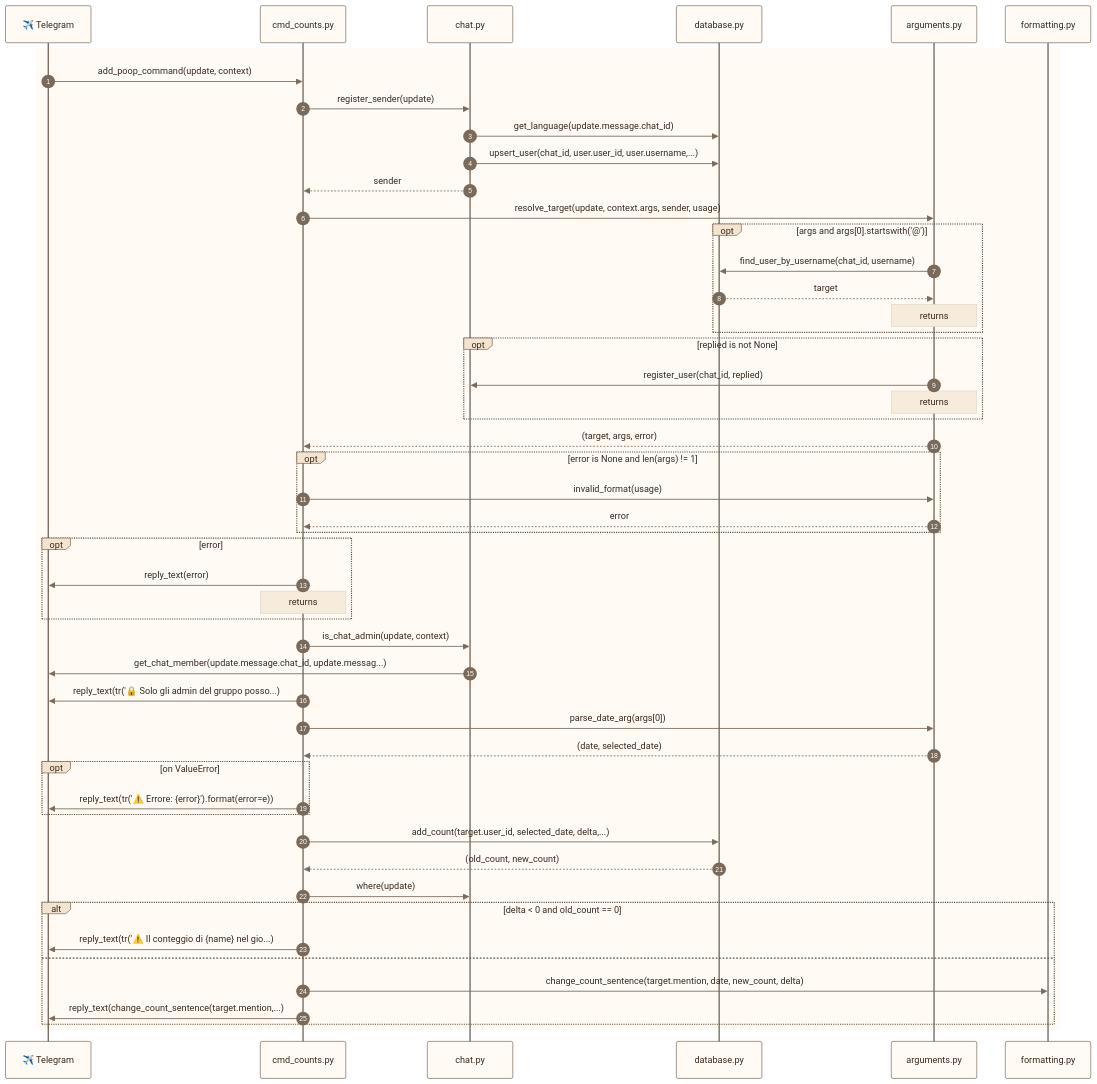
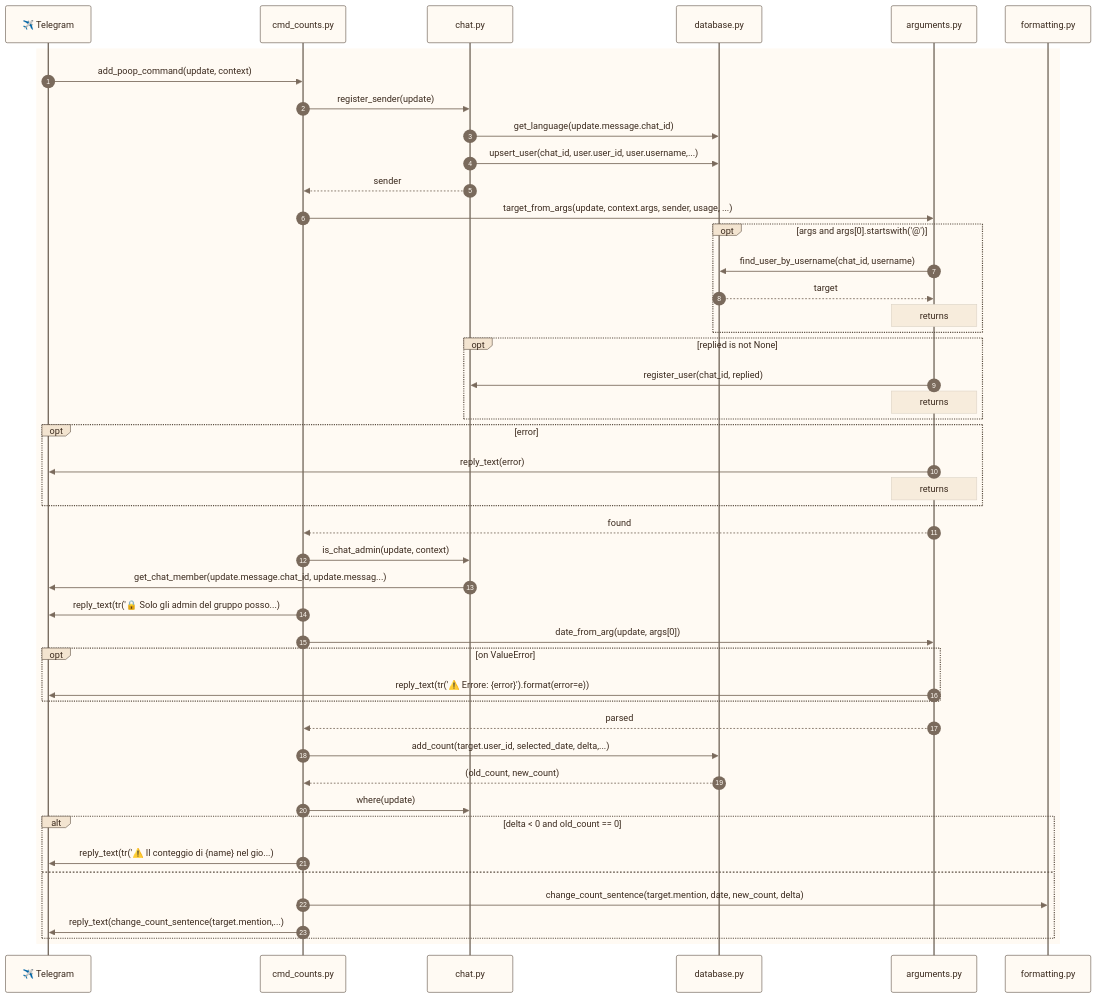
One commit to francescoperrino/Caccometro changed diagram 24 of 42 in docs/use_cases.md. Above: the diagram before and after it, drawn with Mermaid. The commit also changed other lines of this file and 9 other files, not shown here.

```diff
--- a/docs/use_cases.md
+++ b/docs/use_cases.md
@@ -2100,7 +2131,7 @@
         chat->>database: get_language(update.message.chat_id)
         chat->>database: upsert_user(chat_id, user.user_id, user.username,...)
         chat-->>cmd_counts: sender
-        cmd_counts->>arguments: resolve_target(update, context.args, sender, usage)
+        cmd_counts->>arguments: target_from_args(update, context.args, sender, usage, ...)
         opt args and args[0].startswith('@')
             arguments->>database: find_user_by_username(chat_id, username)
             database-->>arguments: target
@@ -2110,23 +2141,19 @@
             arguments->>chat: register_user(chat_id, replied)
             Note over arguments: returns
         end
-        arguments-->>cmd_counts: (target, args, error)
-        opt error is None and len(args) != 1
-            cmd_counts->>arguments: invalid_format(usage)
-            arguments-->>cmd_counts: error
+        opt error
+            arguments->>telegram: reply_text(error)
+            Note over arguments: returns
         end
-        opt error
-            cmd_counts->>telegram: reply_text(error)
-            Note over cmd_counts: returns
-        end
+        arguments-->>cmd_counts: found
         cmd_counts->>chat: is_chat_admin(update, context)
         chat->>telegram: get_chat_member(update.message.chat_id, update.messag...)
         cmd_counts->>telegram: reply_text(tr('🔒 Solo gli admin del gruppo posso...)
-        cmd_counts->>arguments: parse_date_arg(args[0])
-        arguments-->>cmd_counts: (date, selected_date)
+        cmd_counts->>arguments: date_from_arg(update, args[0])
         opt on ValueError
-            cmd_counts->>telegram: reply_text(tr('⚠️ Errore: {error}').format(error=e))
+            arguments->>telegram: reply_text(tr('⚠️ Errore: {error}').format(error=e))
         end
+        arguments-->>cmd_counts: parsed
         cmd_counts->>database: add_count(target.user_id, selected_date, delta,...)
         database-->>cmd_counts: (old_count, new_count)
         cmd_counts->>chat: where(update)
```
